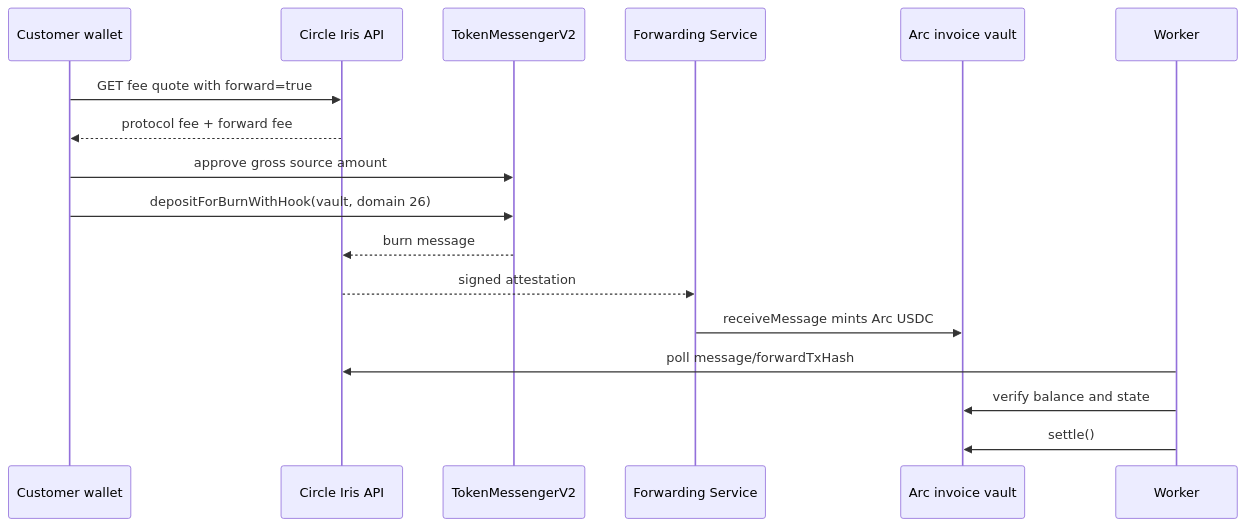
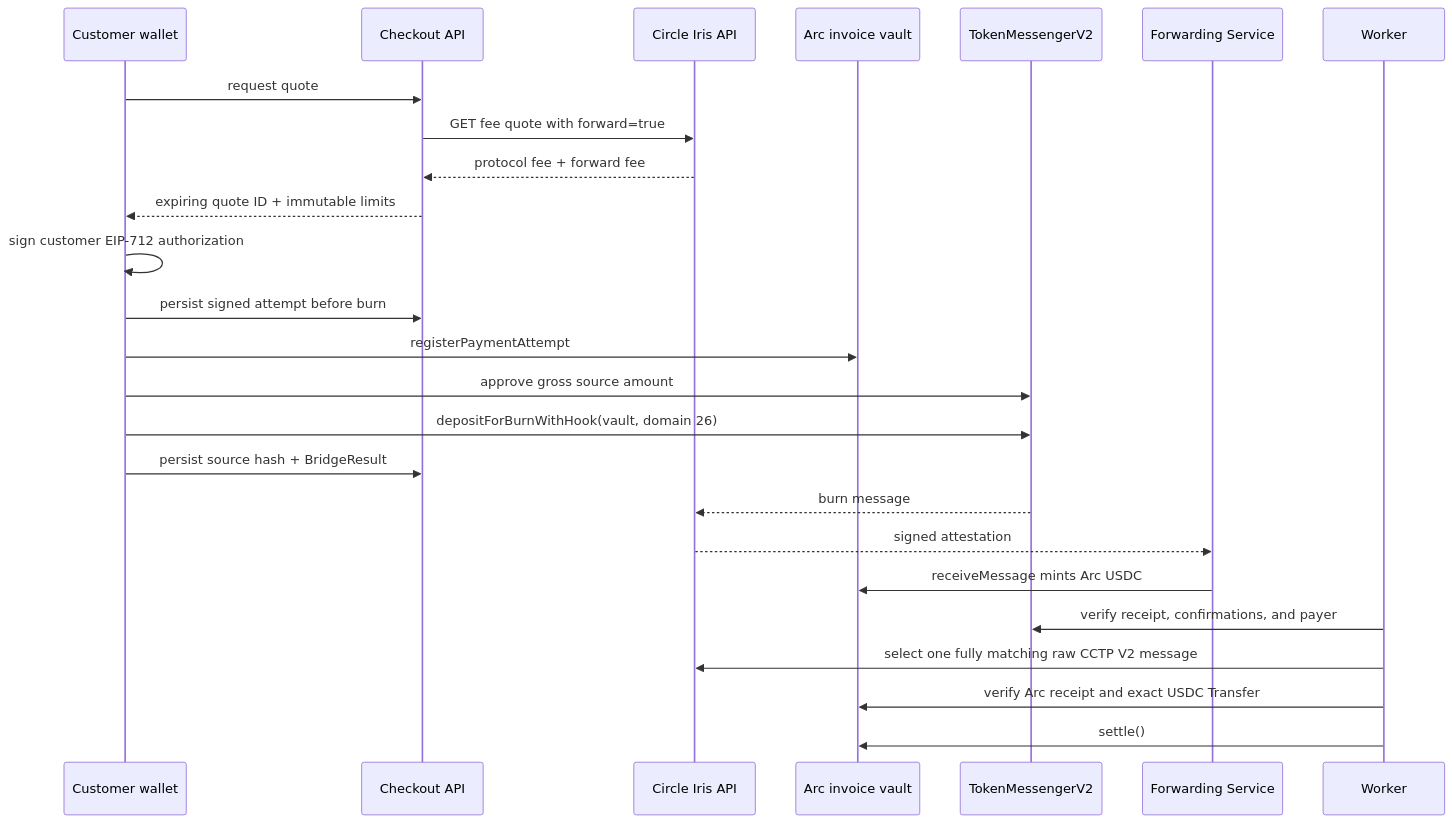
Before and after one commit to hitmol/Arc-Crosschain-Checkout: the diagram in docs/CCTP_FLOW.md, drawn with Mermaid. The commit also changed other lines of this file and 21 other files, not shown here.

Commit message:
feat(cctp): validate messages and create attempts before burn

````diff
--- a/docs/CCTP_FLOW.md
+++ b/docs/CCTP_FLOW.md
@@ -3,19 +3,27 @@
 ```mermaid
 sequenceDiagram
   participant C as Customer wallet
+  participant A as Checkout API
   participant Q as Circle Iris API
+  participant V as Arc invoice vault
   participant TM as TokenMessengerV2
   participant FS as Forwarding Service
-  participant V as Arc invoice vault
   participant W as Worker
-  C->>Q: GET fee quote with forward=true
-  Q-->>C: protocol fee + forward fee
+  C->>A: request quote
+  A->>Q: GET fee quote with forward=true
+  Q-->>A: protocol fee + forward fee
+  A-->>C: expiring quote ID + immutable limits
+  C->>C: sign customer EIP-712 authorization
+  C->>A: persist signed attempt before burn
+  C->>V: registerPaymentAttempt
   C->>TM: approve gross source amount
   C->>TM: depositForBurnWithHook(vault, domain 26)
+  C->>A: persist source hash + BridgeResult
   TM-->>Q: burn message
   Q-->>FS: signed attestation
   FS->>V: receiveMessage mints Arc USDC
-  W->>Q: poll message/forwardTxHash
-  W->>V: verify balance and state
+  W->>TM: verify receipt, confirmations, and payer
+  W->>Q: select one fully matching raw CCTP V2 message
+  W->>V: verify Arc receipt and exact USDC Transfer
   W->>V: settle()
 ```
````
